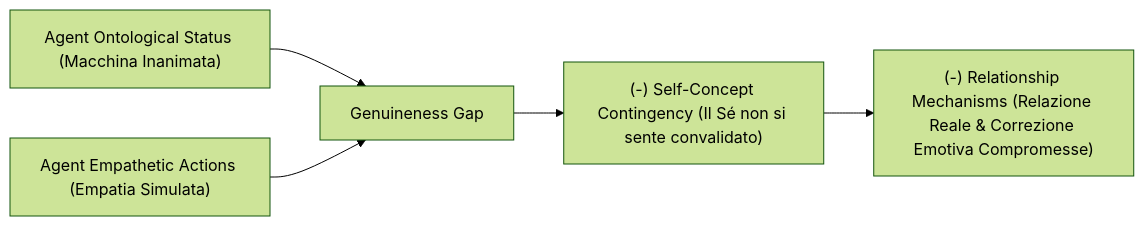
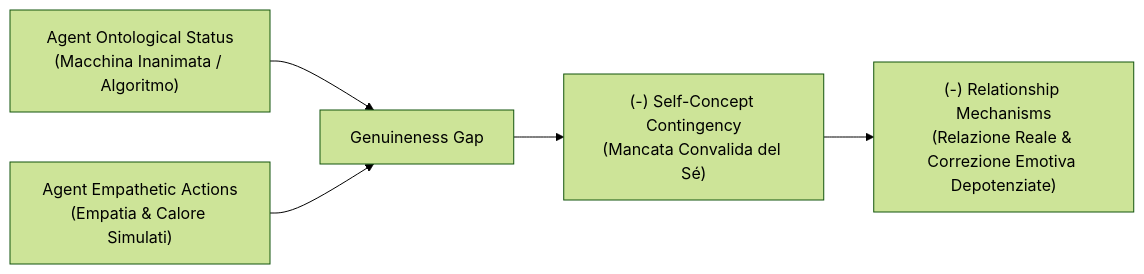
One commit to andreaferrari7-star/andreaferrari.github.io changed the diagram in content/concetti/genuineness-gap.md. Above: the diagram before and after it, drawn with Mermaid (forest theme). The commit also changed other lines of this file and 750 other files, not shown here.

````diff
--- a/content/concetti/genuineness-gap.md
+++ b/content/concetti/genuineness-gap.md
@@ -19,7 +12,7 @@
 ```mermaid
 flowchart LR
-    A["Agent Ontological Status (Macchina Inanimata)"] --> GG["Genuineness Gap"]
-    B["Agent Empathetic Actions (Empatia Simulata)"] --> GG
-    GG --> SC["(-) Self-Concept Contingency (Il Sé non si sente convalidato)"]
-    SC --> RM["(-) Relationship Mechanisms (Relazione Reale & Correzione Emotiva Compromesse)"]
+    A["Agent Ontological Status<br>(Macchina Inanimata / Algoritmo)"] --> GG["Genuineness Gap"]
+    B["Agent Empathetic Actions<br>(Empatia & Calore Simulati)"] --> GG
+    GG --> SC["(-) Self-Concept Contingency<br>(Mancata Convalida del Sé)"]
+    SC --> RM["(-) Relationship Mechanisms<br>(Relazione Reale & Correzione Emotiva Depotenziate)"]
 ```
````
